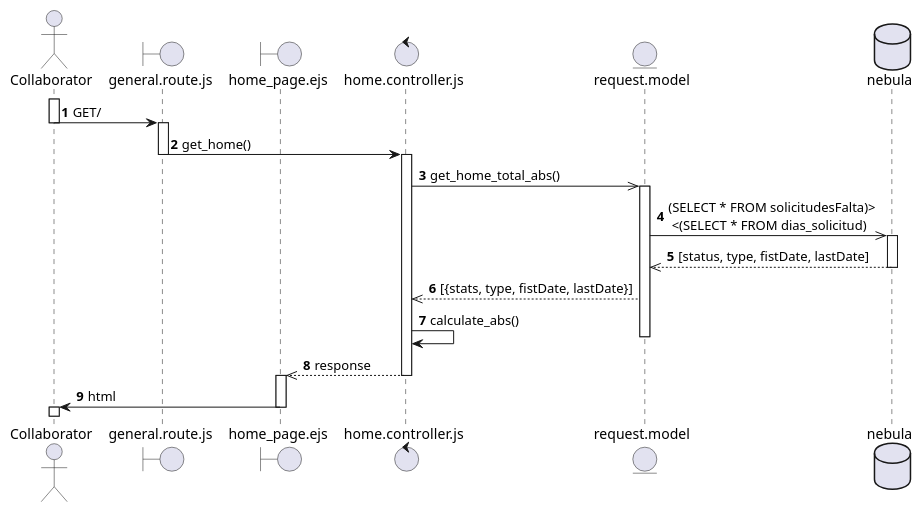
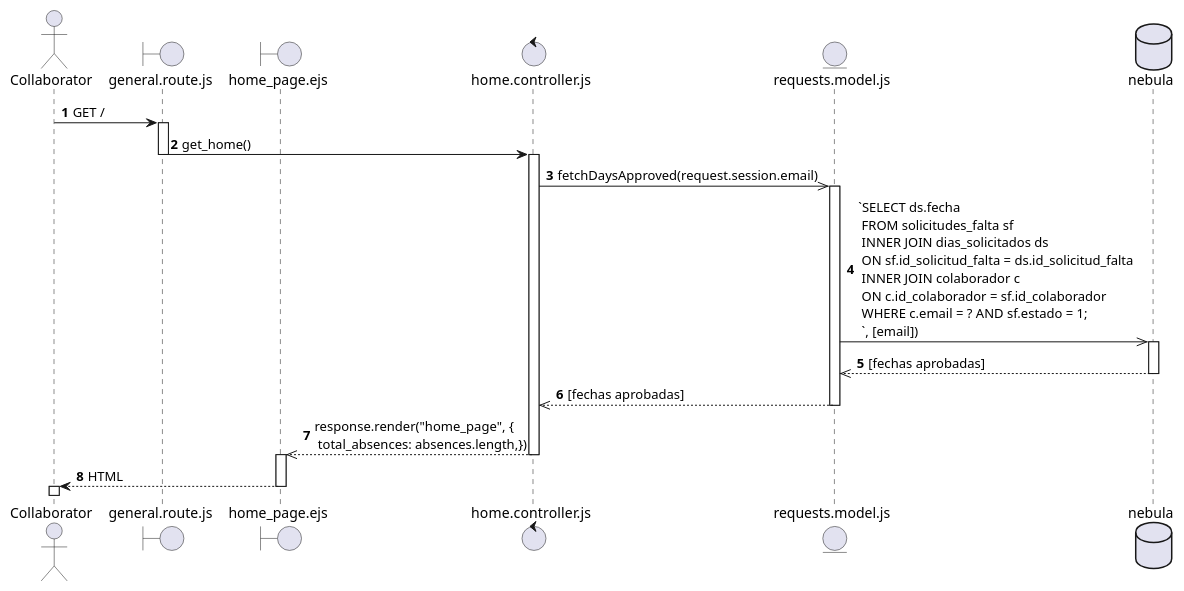
One commit to SALV19/Nebula_tc2005b changed the diagram in diagramas_secuencia/req_20.puml. Above: the diagram before and after it, drawn with PlantUML.

Commit message:
[ADD] Diagrama de Secuencia

```diff
--- a/diagramas_secuencia/req_20.puml
+++ b/diagramas_secuencia/req_20.puml
@@ -1,46 +1,30 @@
-@startuml Prueba
-autonumber
-actor Collaborator
-boundary general.route.js as gRoutes
-boundary home_page.ejs as homeView
-control home.controller.js as homeController
-entity request.model as absModel
-database nebula as neb
+@startuml Diseño_Ausencias 
+autonumber 
+actor Collaborator 
+boundary general.route.js as gRoutes 
+boundary home_page.ejs as homeView 
+control home.controller.js as homeController 
+entity requests.model.js as requestsModel 
+database nebula as DB 
 
-activate Collaborator
-Collaborator -> gRoutes : GET/
-deactivate Collaborator
+Collaborator -> gRoutes : GET / 
 
-activate gRoutes
-gRoutes -> homeController: get_home()
-deactivate gRoutes
-
-activate homeController
-homeController ->> absModel: get_home_total_abs()
-
-activate absModel
-absModel ->> neb: (SELECT * FROM solicitudesFalta)>\n <(SELECT * FROM dias_solicitud)
-
-activate neb
-neb-->> absModel: [status, type, fistDate, lastDate]
-deactivate neb
-
-absModel -->> homeController: [{stats, type, fistDate, lastDate}]
-homeController -> homeController: calculate_abs()
-deactivate absModel
-
-homeController -->> homeView: response
-
-deactivate homeController
-
-
-
-activate homeView
-homeView -> Collaborator: html
-deactivate homeView
-
-activate Collaborator
-deactivate Collaborator
-
-
+activate gRoutes 
+gRoutes -> homeController : get_home() 
+deactivate gRoutes 
+activate homeController 
+homeController ->> requestsModel : fetchDaysApproved(request.session.email) 
+activate requestsModel 
+requestsModel ->> DB : `SELECT ds.fecha \n FROM solicitudes_falta sf \n INNER JOIN dias_solicitados ds \n ON sf.id_solicitud_falta = ds.id_solicitud_falta \n INNER JOIN colaborador c \n ON c.id_colaborador = sf.id_colaborador \n WHERE c.email = ? AND sf.estado = 1; \n `, [email]) 
+activate DB 
+DB -->> requestsModel : [fechas aprobadas] 
+deactivate DB 
+requestsModel -->> homeController : [fechas aprobadas] 
+deactivate requestsModel 
+homeController -->> homeView :  response.render("home_page", { \n total_absences: absences.length,}) 
+deactivate homeController 
+activate homeView 
+homeView --> Collaborator : HTML 
+deactivate homeView 
+activate Collaborator 
 @enduml
```
